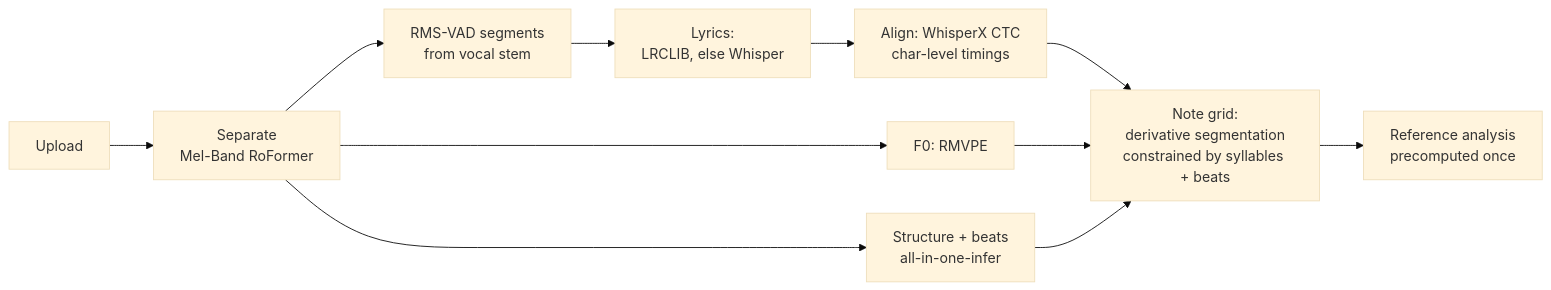
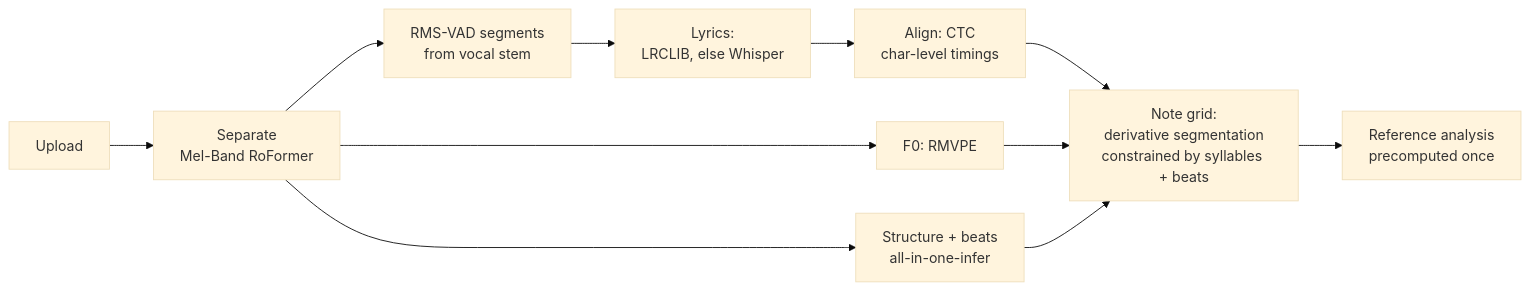
The third of 9 diagrams in ELUMS_TECHNICAL_APPROACH.md (dillonmchenry/Elums), drawn with Mermaid (base theme) before and after one commit. The commit also changed other lines of this file and 7 other files, not shown here.

````diff
--- a/ELUMS_TECHNICAL_APPROACH.md
+++ b/ELUMS_TECHNICAL_APPROACH.md
@@ -194,13 +194,13 @@
 ```mermaid
 flowchart LR
   A[Upload] --> B["Separate<br/>Mel-Band RoFormer"]
   B --> C["Structure + beats<br/>all-in-one-infer"]
   B --> D["RMS-VAD segments<br/>from vocal stem"]
   D --> E["Lyrics:<br/>LRCLIB, else Whisper"]
-  E --> F["Align: WhisperX CTC<br/>char-level timings"]
+  E --> F["Align: CTC<br/>char-level timings"]
   B --> G["F0: RMVPE"]
   F --> H["Note grid:<br/>derivative segmentation<br/>constrained by syllables + beats"]
   G --> H
   C --> H
   H --> I["Reference analysis<br/>precomputed once"]
 ```
````
